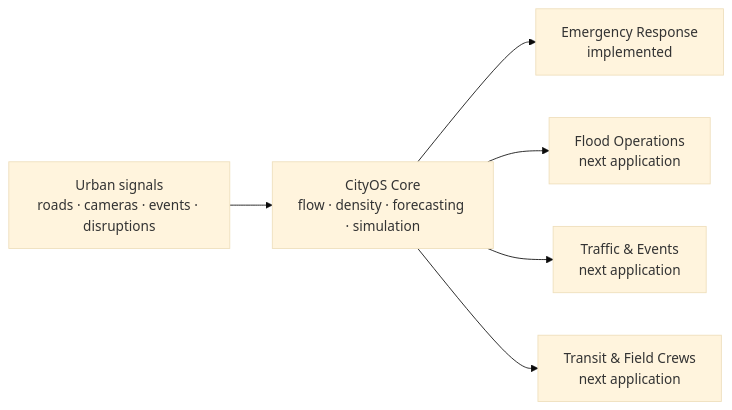
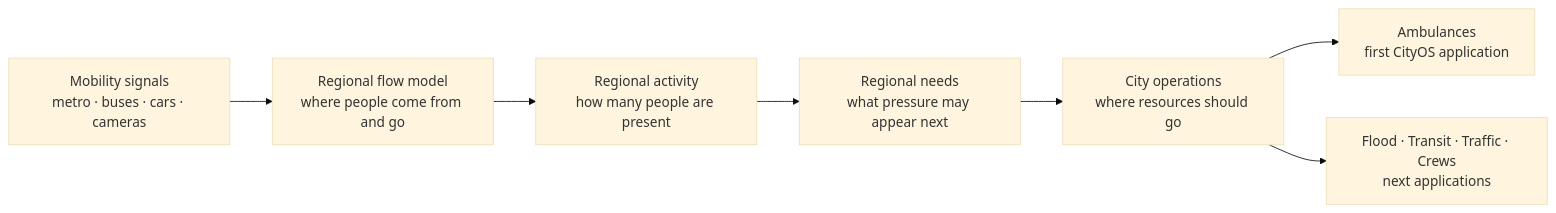
The diagram in README.md (biabt/openai-hackathon), drawn with Mermaid (base theme) before and after one commit. The commit also changed other lines of this file, not shown here.

Commit message:
docs: explain CityOS regional flow model

````diff
--- a/README.md
+++ b/README.md
@@ -15,8 +20,9 @@
 ```mermaid
 flowchart LR
-    A["Urban signals<br/>roads · cameras · events · disruptions"] --> B["CityOS Core<br/>flow · density · forecasting · simulation"]
-    B --> C["Emergency Response<br/>implemented"]
-    B --> D["Flood Operations<br/>next application"]
-    B --> E["Traffic & Events<br/>next application"]
-    B --> F["Transit & Field Crews<br/>next application"]
+    A["Mobility signals<br/>metro · buses · cars · cameras"] --> B["Regional flow model<br/>where people come from and go"]
+    B --> C["Regional activity<br/>how many people are present"]
+    C --> D["Regional needs<br/>what pressure may appear next"]
+    D --> E["City operations<br/>where resources should go"]
+    E --> F["Ambulances<br/>first CityOS application"]
+    E --> G["Flood · Transit · Traffic · Crews<br/>next applications"]
 ```
````
